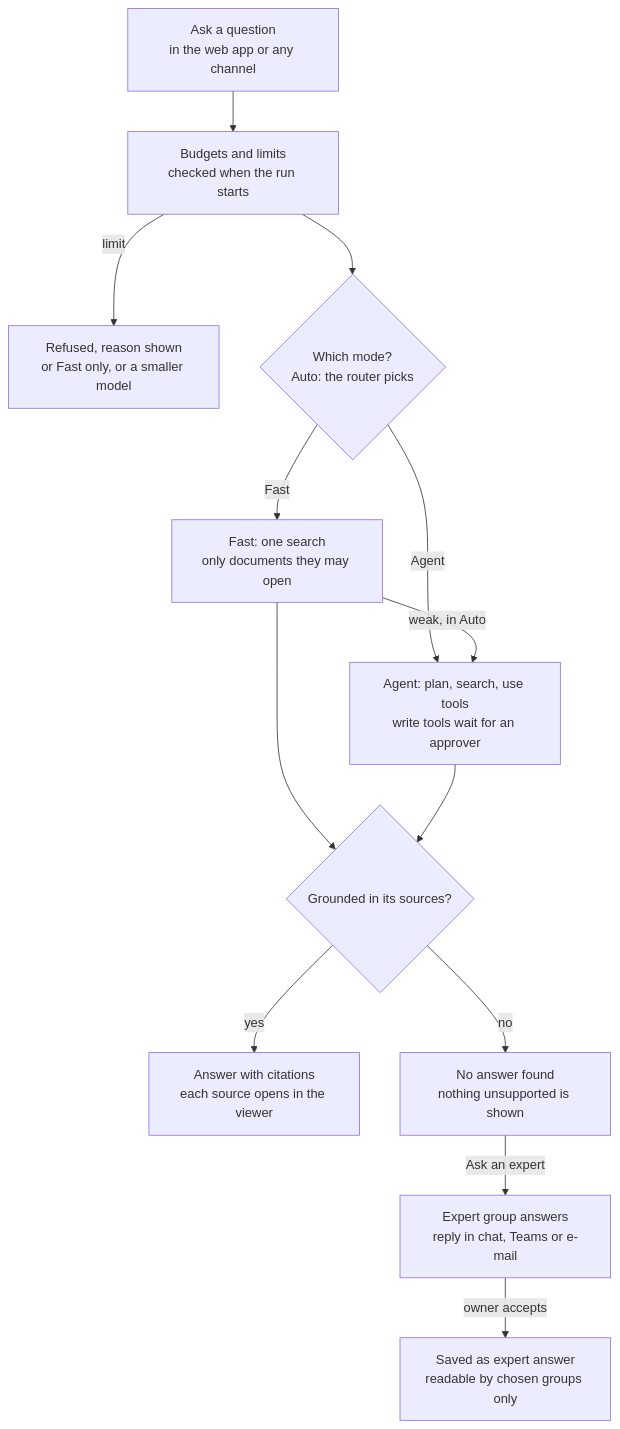
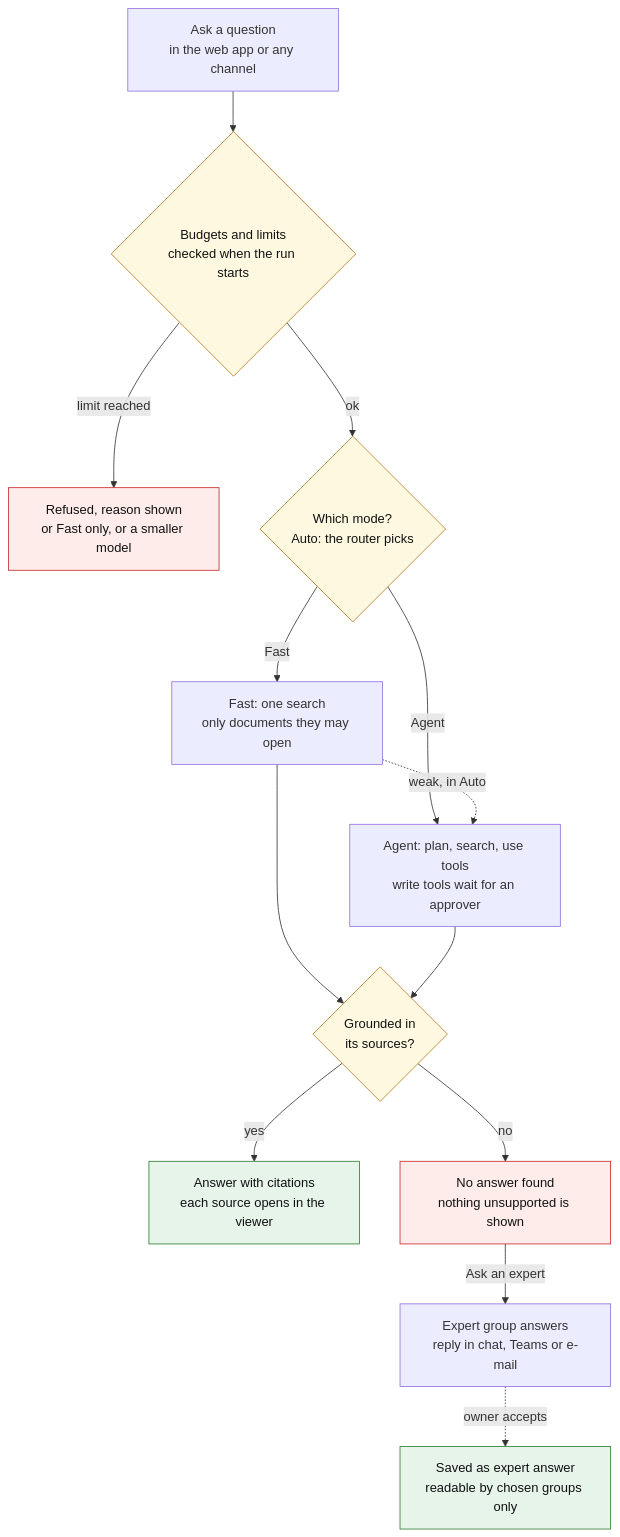
Before and after one commit to shturag/veyntora: the second of 9 diagrams in docs/user-flows.md, drawn with Mermaid. The commit also changed other lines of this file, not shown here.

First line of the commit message:
Docs: flows page reworked for reading on GitHub

````diff
--- a/docs/user-flows.md
+++ b/docs/user-flows.md
@@ -30,15 +93,21 @@
 ```mermaid
 flowchart TD
-    ask["Ask a question<br/>in the web app or any channel"] --> budget["Budgets and limits<br/>checked when the run starts"]
-    budget -- limit --> refused["Refused, reason shown<br/>or Fast only, or a smaller model"]
-    budget --> mode{"Which mode?<br/>Auto: the router picks"}
+    ask["Ask a question<br/>in the web app or any channel"] --> budget{"Budgets and limits<br/>checked when the run starts"}
+    budget -- "limit reached" --> refused["Refused, reason shown<br/>or Fast only, or a smaller model"]
+    budget -- ok --> mode{"Which mode?<br/>Auto: the router picks"}
     mode -- Fast --> fast["Fast: one search<br/>only documents they may open"]
     mode -- Agent --> agent["Agent: plan, search, use tools<br/>write tools wait for an approver"]
-    fast -- "weak, in Auto" --> agent
-    fast --> grounded{"Grounded in its sources?"}
+    fast -. "weak, in Auto" .-> agent
+    fast --> grounded{"Grounded in<br/>its sources?"}
     agent --> grounded
     grounded -- yes --> answer["Answer with citations<br/>each source opens in the viewer"]
     grounded -- no --> none["No answer found<br/>nothing unsupported is shown"]
     none -- "Ask an expert" --> expert["Expert group answers<br/>reply in chat, Teams or e-mail"]
-    expert -- "owner accepts" --> saved["Saved as expert answer<br/>readable by chosen groups only"]
+    expert -. "owner accepts" .-> kb["Saved as expert answer<br/>readable by chosen groups only"]
+    classDef good fill:#e6f4ea,stroke:#2e7d32,color:#111
+    classDef stop fill:#fdecea,stroke:#c62828,color:#111
+    classDef decision fill:#fff8e1,stroke:#b7791f,color:#111
+    class answer,kb good
+    class refused,none stop
+    class budget,mode,grounded decision
 ```
````
